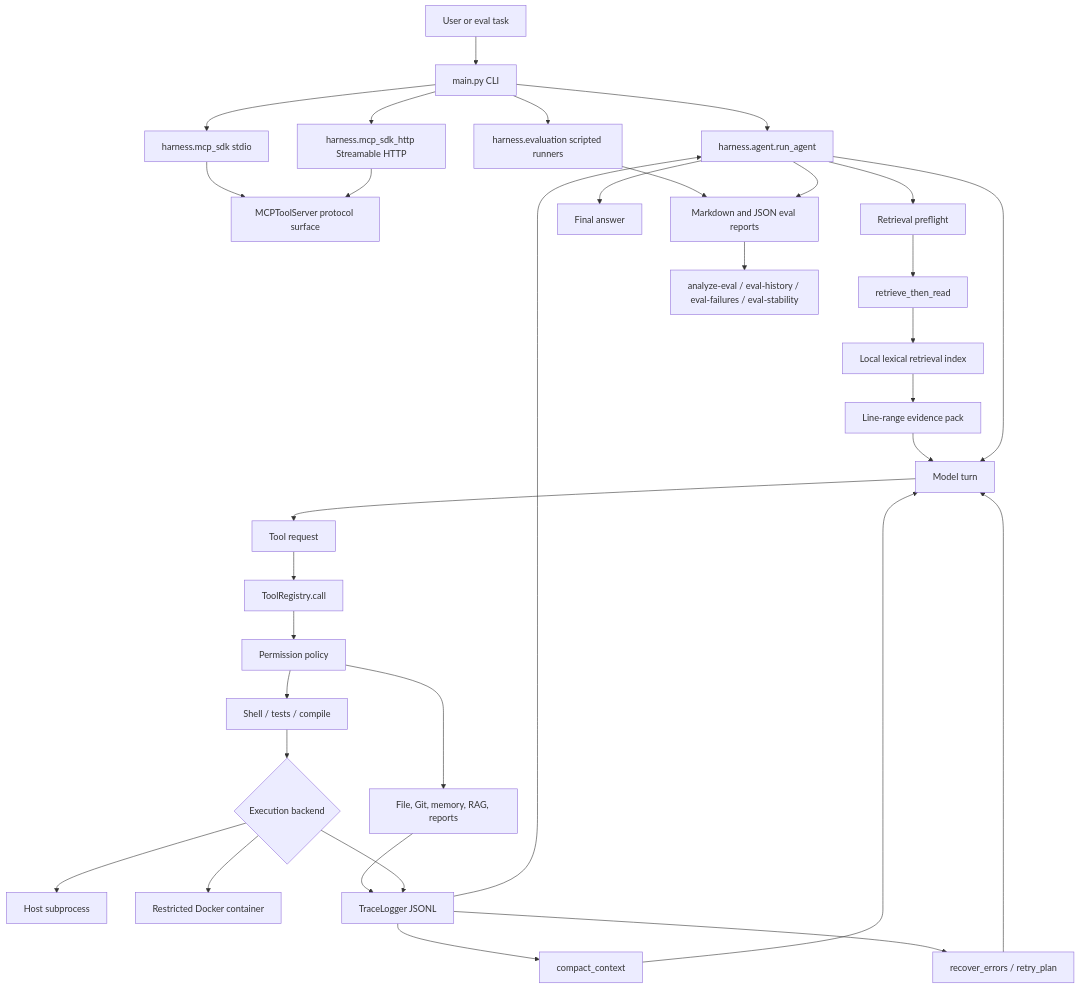
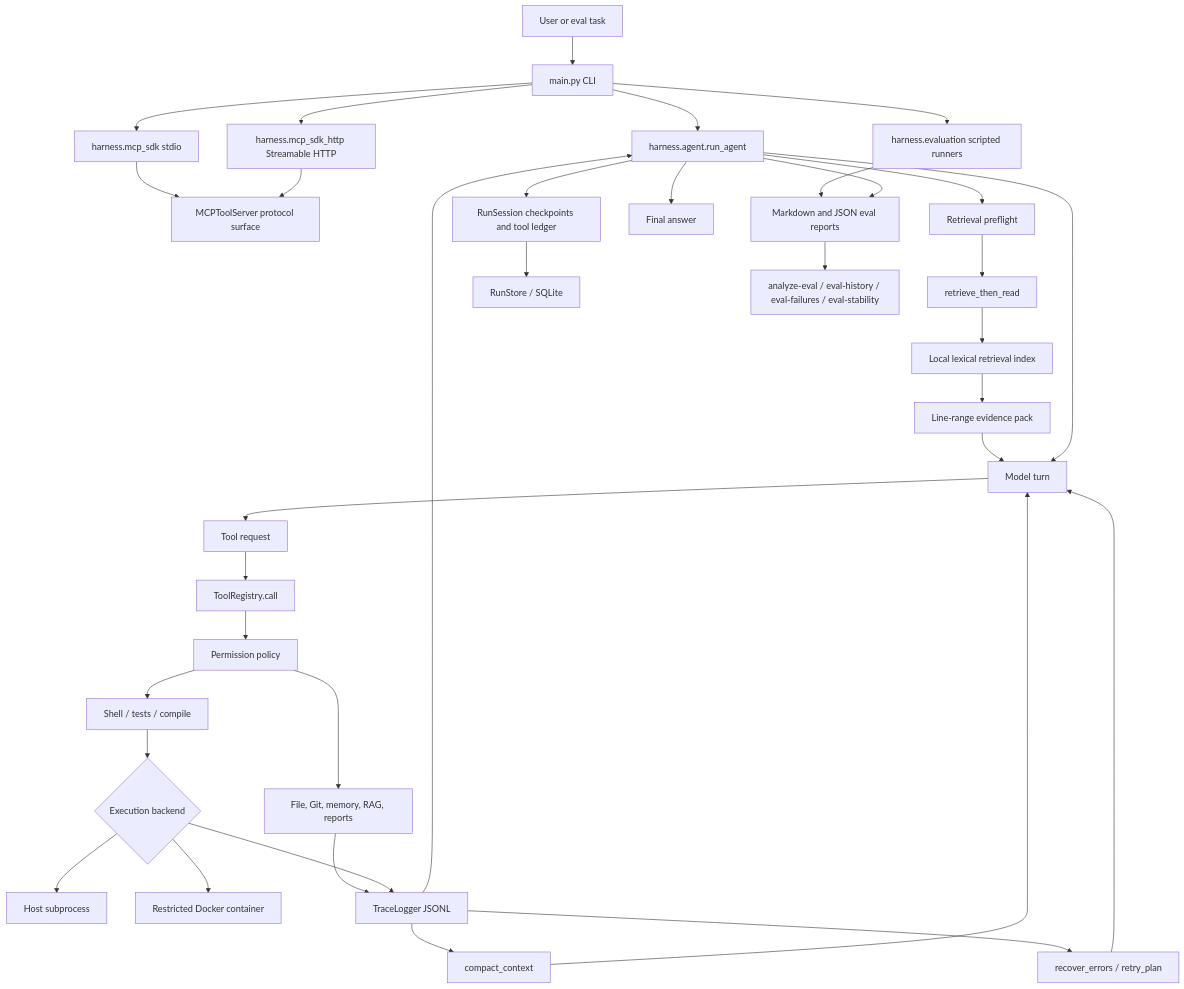
Before and after one commit to Userss1234/mini-coding-agent-harness: the first of 5 diagrams in docs/ARCHITECTURE.md, drawn with Mermaid. The commit also changed other lines of this file and 16 other files, not shown here.

````diff
--- a/docs/ARCHITECTURE.md
+++ b/docs/ARCHITECTURE.md
@@ -7,39 +7,41 @@
 ```mermaid
 flowchart TD
     U["User or eval task"] --> CLI["main.py CLI"]
     CLI --> Agent["harness.agent.run_agent"]
     CLI --> Scripted["harness.evaluation scripted runners"]
     CLI --> MCPStdio["harness.mcp_sdk stdio"]
     CLI --> MCPHTTP["harness.mcp_sdk_http Streamable HTTP"]
     MCPStdio --> MCPProtocol["MCPToolServer protocol surface"]
     MCPHTTP --> MCPProtocol
 
     Agent --> Preflight["Retrieval preflight"]
     Preflight --> RTR["retrieve_then_read"]
     RTR --> RAG["Local lexical retrieval index"]
     RAG --> Evidence["Line-range evidence pack"]
     Evidence --> Model["Model turn"]
 
     Agent --> Model
+    Agent --> RunSession["RunSession checkpoints and tool ledger"]
+    RunSession --> RunStore["RunStore / SQLite"]
     Model --> ToolUse["Tool request"]
     ToolUse --> Registry["ToolRegistry.call"]
     Registry --> Policy["Permission policy"]
     Policy --> Tools["File, Git, memory, RAG, reports"]
     Policy --> Execute["Shell / tests / compile"]
     Execute --> Backend{"Execution backend"}
     Backend --> Host["Host subprocess"]
     Backend --> Docker["Restricted Docker container"]
     Tools --> Trace["TraceLogger JSONL"]
     Backend --> Trace
     Trace --> Agent
 
     Trace --> Compact["compact_context"]
     Trace --> Retry["recover_errors / retry_plan"]
     Compact --> Model
     Retry --> Model
 
     Agent --> Answer["Final answer"]
     Scripted --> EvalReport["Markdown and JSON eval reports"]
     Agent --> EvalReport
     EvalReport --> Analysis["analyze-eval / eval-history / eval-failures / eval-stability"]
 ```
````
